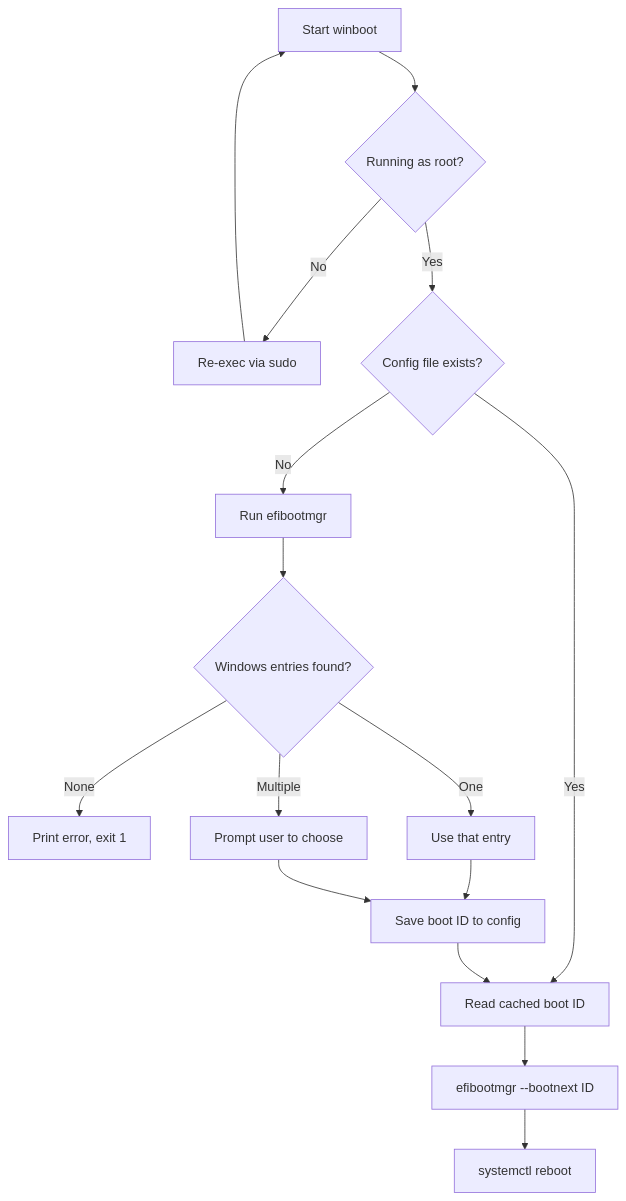
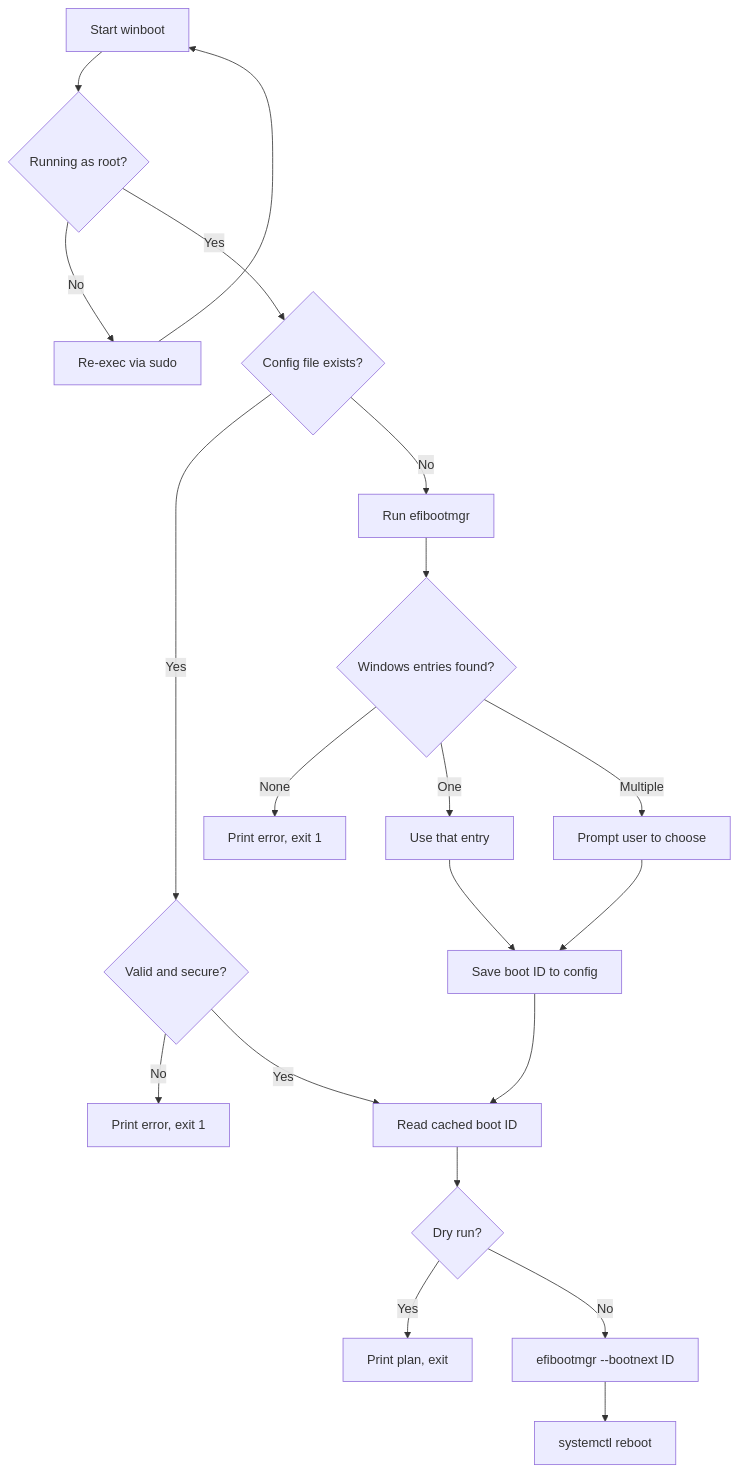
The diagram in docs/architecture.md (brianlechthaler/winboot), drawn with Mermaid before and after one commit. The commit also changed other lines of this file and 8 other files, not shown here.

````diff
--- a/docs/architecture.md
+++ b/docs/architecture.md
@@ -10,18 +10,22 @@
 ```mermaid
 flowchart TD
     A[Start winboot] --> B{Running as root?}
     B -- No --> C[Re-exec via sudo]
     C --> A
     B -- Yes --> D{Config file exists?}
-    D -- Yes --> H[Read cached boot ID]
+    D -- Yes --> V{Valid and secure?}
+    V -- No --> X2[Print error, exit 1]
+    V -- Yes --> H[Read cached boot ID]
     D -- No --> E[Run efibootmgr]
     E --> F{Windows entries found?}
     F -- None --> X[Print error, exit 1]
     F -- One --> G[Use that entry]
     F -- Multiple --> S[Prompt user to choose]
     G --> W[Save boot ID to config]
     S --> W
     W --> H
-    H --> I[efibootmgr --bootnext ID]
+    H --> DR{Dry run?}
+    DR -- Yes --> Y[Print plan, exit]
+    DR -- No --> I[efibootmgr --bootnext ID]
     I --> J[systemctl reboot]
 ```
````
